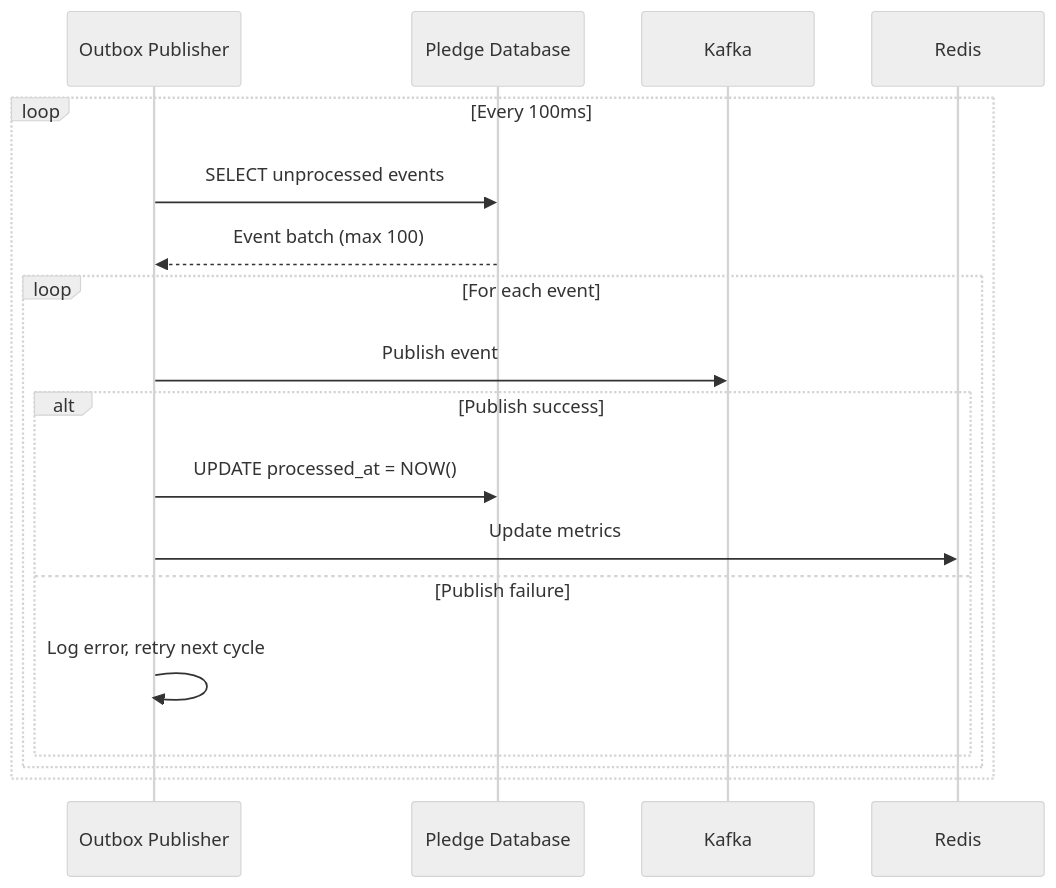
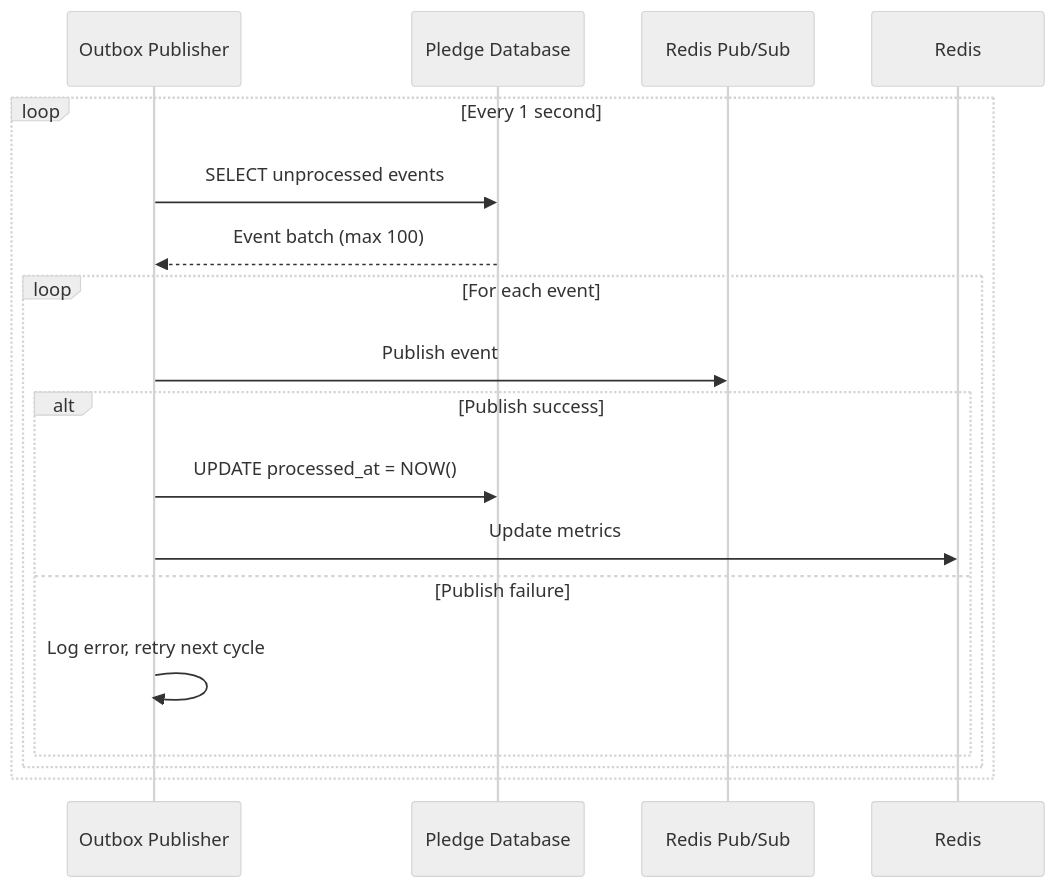
The eighth of 20 diagrams in docs/others/SYSTEM_FLOW.md (SM-Shaan/API_Hackathon_Innovatrix), drawn with Mermaid (neutral theme) before and after one commit. The commit also changed other lines of this file and 5 other files, not shown here.

First line of the commit message:
docs: add comprehensive architecture diagrams to README

````diff
--- a/docs/others/SYSTEM_FLOW.md
+++ b/docs/others/SYSTEM_FLOW.md
@@ -229,22 +229,22 @@
 ```mermaid
 sequenceDiagram
     participant OutboxWorker as Outbox Publisher
     participant PledgeDB as Pledge Database
-    participant Kafka
+    participant RedisPubSub as Redis Pub/Sub
     participant Redis
-    
-    loop Every 100ms
+
+    loop Every 1 second
         OutboxWorker->>PledgeDB: SELECT unprocessed events
         PledgeDB-->>OutboxWorker: Event batch (max 100)
-        
+
         loop For each event
-            OutboxWorker->>Kafka: Publish event
+            OutboxWorker->>RedisPubSub: Publish event
             alt Publish success
                 OutboxWorker->>PledgeDB: UPDATE processed_at = NOW()
                 OutboxWorker->>Redis: Update metrics
             else Publish failure
                 OutboxWorker->>OutboxWorker: Log error, retry next cycle
             end
         end
     end
 ```
````
